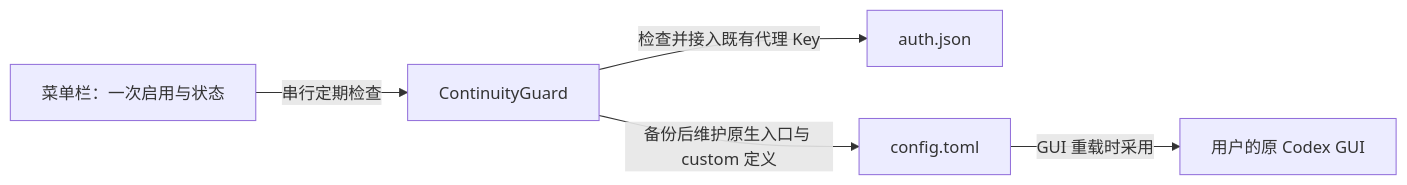
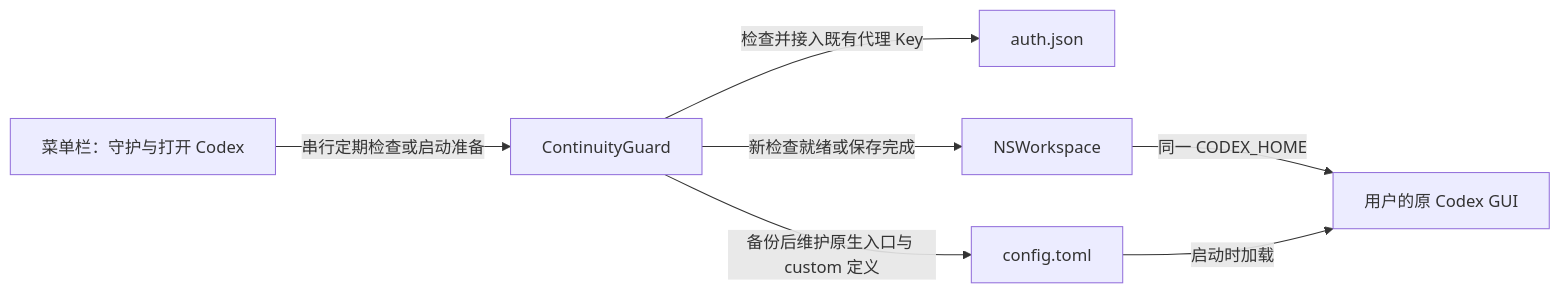
The first of 2 diagrams in docs/analysis.md (PixelCores/Miruun), drawn with Mermaid before and after one commit. The commit also changed other lines of this file and 8 other files, not shown here.

````diff
--- a/docs/analysis.md
+++ b/docs/analysis.md
@@ -60,7 +60,9 @@
 ```mermaid
 flowchart LR
-    UI[菜单栏：一次启用与状态] -->|串行定期检查| Guard[ContinuityGuard]
+    UI[菜单栏：守护与打开 Codex] -->|串行定期检查或启动准备| Guard[ContinuityGuard]
     Guard -->|检查并接入既有代理 Key| Auth[auth.json]
     Guard -->|备份后维护原生入口与 custom 定义| Config[config.toml]
-    Config -->|GUI 重载时采用| Codex[用户的原 Codex GUI]
+    Guard -->|新检查就绪或保存完成| Launch[NSWorkspace]
+    Launch -->|同一 CODEX_HOME| Codex[用户的原 Codex GUI]
+    Config -->|启动时加载| Codex
 ```
````
